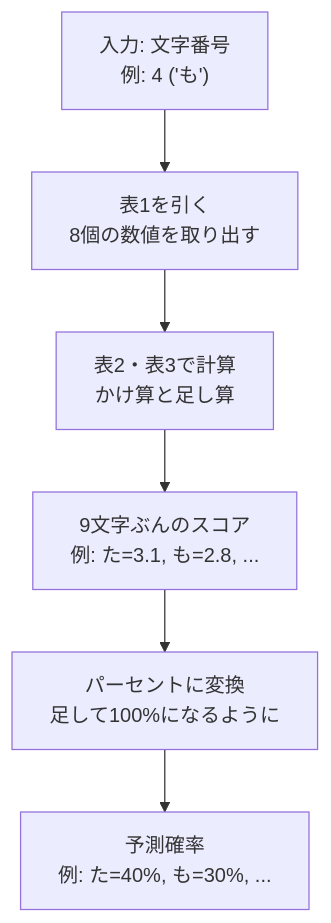
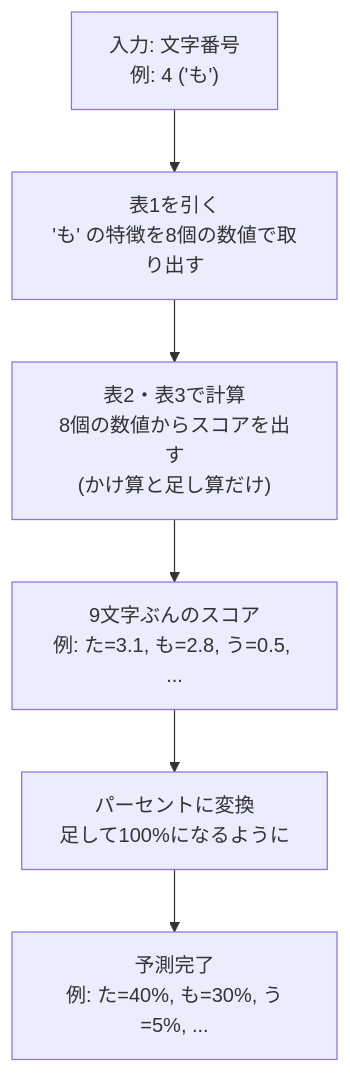
The second of 3 diagrams in README.md (tommykey0925/rawminilm), drawn with Mermaid before and after one commit. The commit also changed other lines of this file and 1 other file, not shown here.

````diff
--- a/README.md
+++ b/README.md
@@ -45,11 +73,11 @@
 ```mermaid
 flowchart TD
     A["入力: 文字番号<br>例: 4 ('も')"]
-    B["表1を引く<br>8個の数値を取り出す"]
-    C["表2・表3で計算<br>かけ算と足し算"]
-    D["9文字ぶんのスコア<br>例: た=3.1, も=2.8, ..."]
+    B["表1を引く<br>'も' の特徴を8個の数値で取り出す"]
+    C["表2・表3で計算<br>8個の数値からスコアを出す<br>(かけ算と足し算だけ)"]
+    D["9文字ぶんのスコア<br>例: た=3.1, も=2.8, う=0.5, ..."]
     E["パーセントに変換<br>足して100%になるように"]
-    F["予測確率<br>例: た=40%, も=30%, ..."]
+    F["予測完了<br>例: た=40%, も=30%, う=5%, ..."]
 
     A --> B --> C --> D --> E --> F
 ```
````
